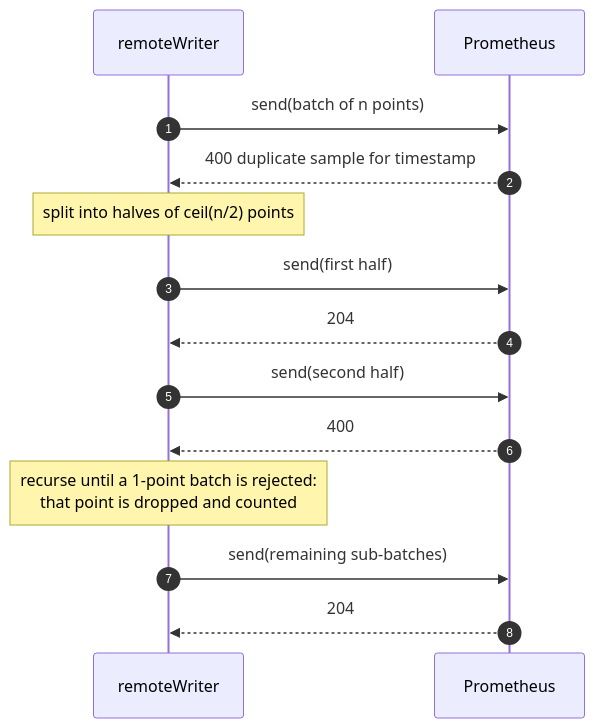
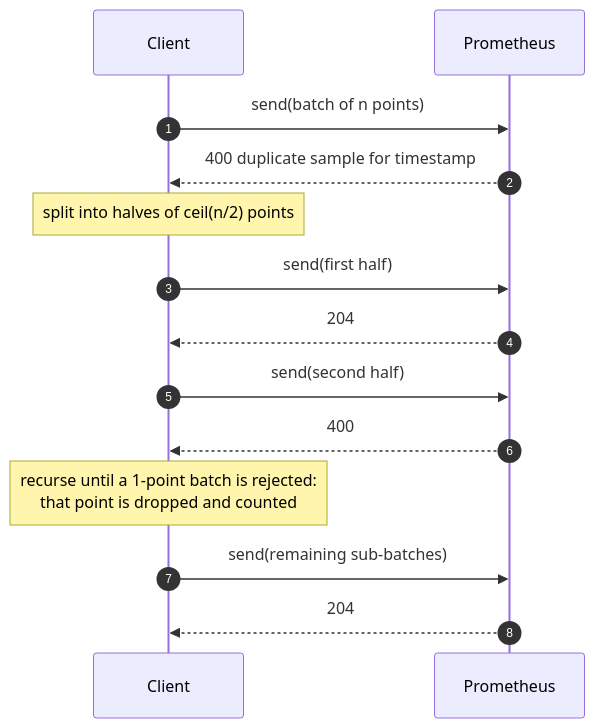
The third of 6 diagrams in docs/sequences.md (MateuxLucax/health-connect-prometheus-exporter), drawn with Mermaid before and after one commit. The commit also changed other lines of this file and 26 other files, not shown here.

````diff
--- a/docs/sequences.md
+++ b/docs/sequences.md
@@ -80,17 +80,17 @@
 ```mermaid
 sequenceDiagram
     autonumber
-    participant W as remoteWriter
+    participant W as Client
     participant P as Prometheus
 
     W->>P: send(batch of n points)
     P-->>W: 400 duplicate sample for timestamp
     Note over W: split into halves of ceil(n/2) points
     W->>P: send(first half)
     P-->>W: 204
     W->>P: send(second half)
     P-->>W: 400
     Note over W: recurse until a 1-point batch is rejected:<br/>that point is dropped and counted
     W->>P: send(remaining sub-batches)
     P-->>W: 204
 ```
````
